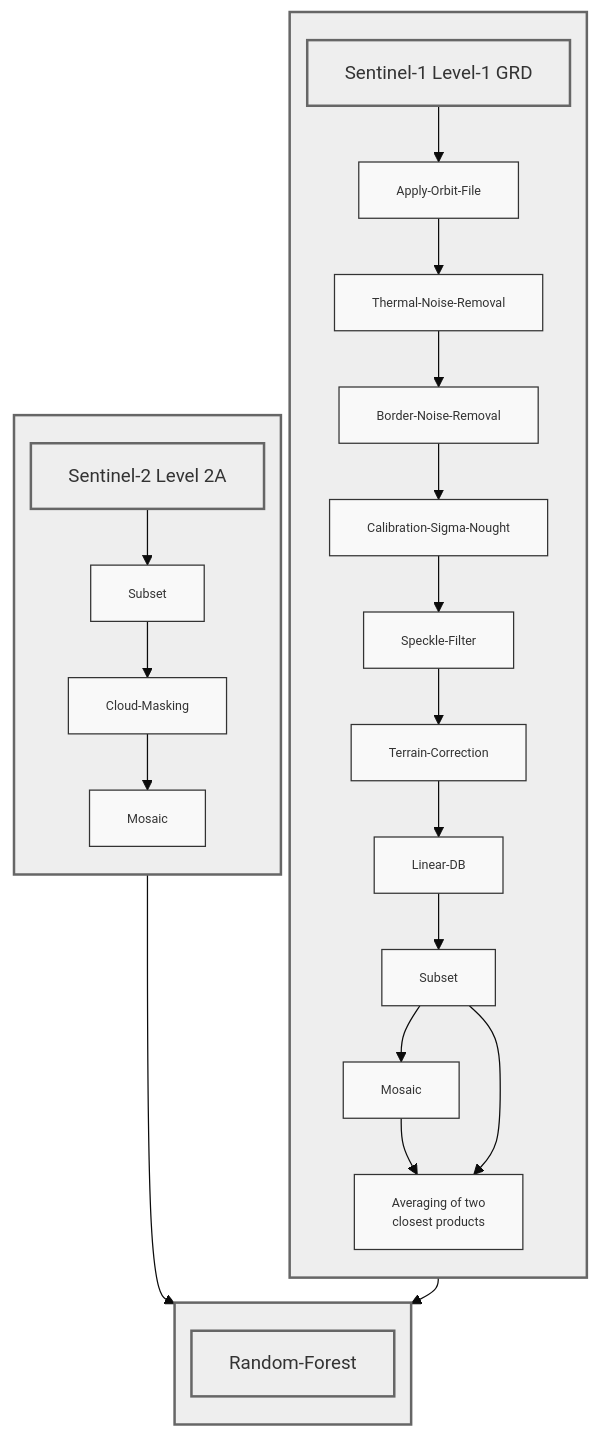
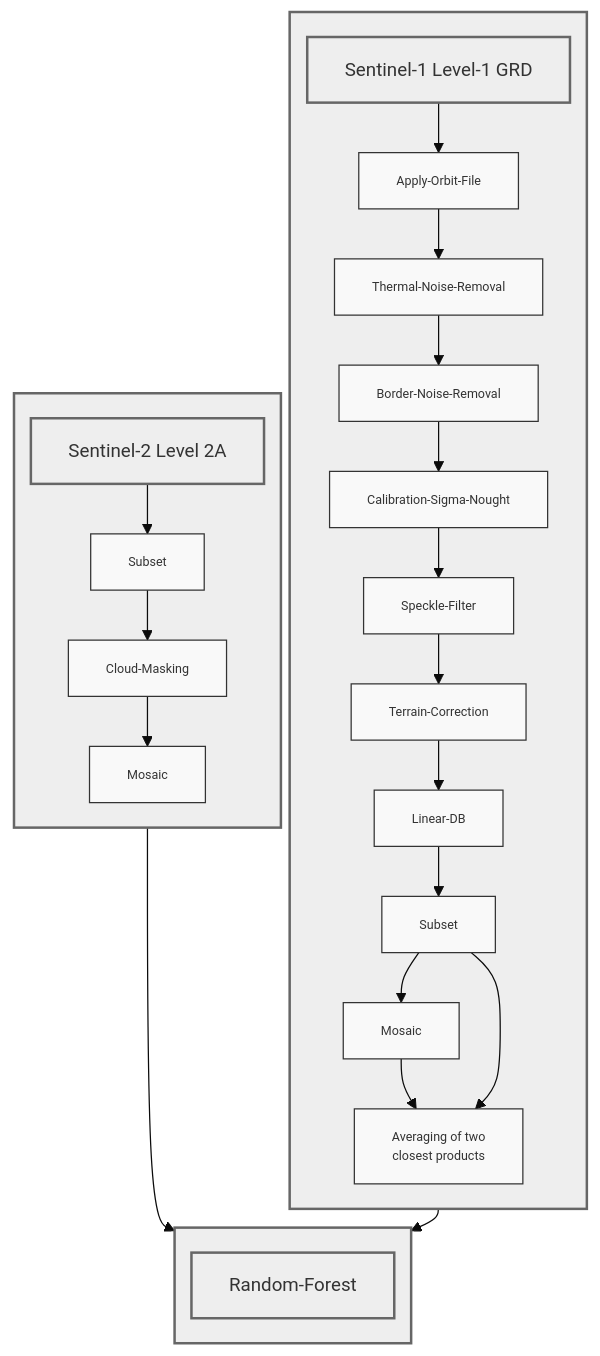
The diagram in README.md (Dege314/MLU_LSS_1), drawn with Mermaid before and after one commit.

````diff
--- a/README.md
+++ b/README.md
@@ -5,48 +5,48 @@
 ```mermaid
-%%{init: {'theme': 'base', 'themeVariables': { 'fontSize': '10px', 'fontFamily': 'arial' }, 'flowchart': { 'nodeSpacing': 7,'rankSpacing': 20 }}}%%
+%%{init: {'theme': 'base', 'themeVariables': { 'fontSize': '10px', 'fontFamily': 'arial' }, 'flowchart': { 'nodeSpacing': 7,'rankSpacing': 15 }}}%%
 flowchart TD
     %% Konfiguration für gerade/eckige Linien
     linkStyle default orthogonal
 
     %% S1-Subgraph
     subgraph Sentinel1[" "]
         direction TB
         Title["Sentinel-1 Level-1 GRD"]
         Title --> AOF
         AOF["Apply-Orbit-File"] --> TNR["Thermal-Noise-Removal"]
         TNR --> BNR["Border-Noise-Removal"]
         BNR --> Cal["Calibration-Sigma-Nought"]
         Cal --> SPK["Speckle-Filter"]
         SPK --> TCR["Terrain-Correction"]
         TCR --> LDB["Linear-DB"]
         LDB --> 1SUB["Subset"]
         1SUB --> 1MSC["Mosaic"]
         1MSC --> Mean["Averaging of two <br> closest products"]
         1SUB --> Mean
     end
 
     %% Sentinel-2 Subgraph
     subgraph Sentinel2[" "]
         direction TB
         Title2["Sentinel-2 Level 2A"]
         Title2 --> 2SUB
         2SUB["Subset"] --> CLM["Cloud-Masking"]
         CLM --> 2MSC["Mosaic"]
     end
 
     %% Analyse Subgraph
     subgraph Classification[" "]
         direction TB
        RF["Random-Forest"]
     end
 
     %% Verbindungen zwischen Subgraphs
         Mean --> RF
         2MSC --> RF
 
     %% Stil- und Layoutoptimierungen
     classDef box fill:#f9f9f9,stroke:#333,stroke-width:1px,font-size:10px
     classDef subgraph_style fill:#eeeeee,stroke:#666,stroke-width:2px,font-size:15px, padding:10
     class AOF,TNR,BNR,Cal,SPK,TCR,LDB,1SUB,1MSC,Mean,2SUB,CLM,RF,1MSC,2MSC,App box
     class Sentinel1,Sentinel2,Classification,Title,Title2,RF subgraph_style
 ```
````
